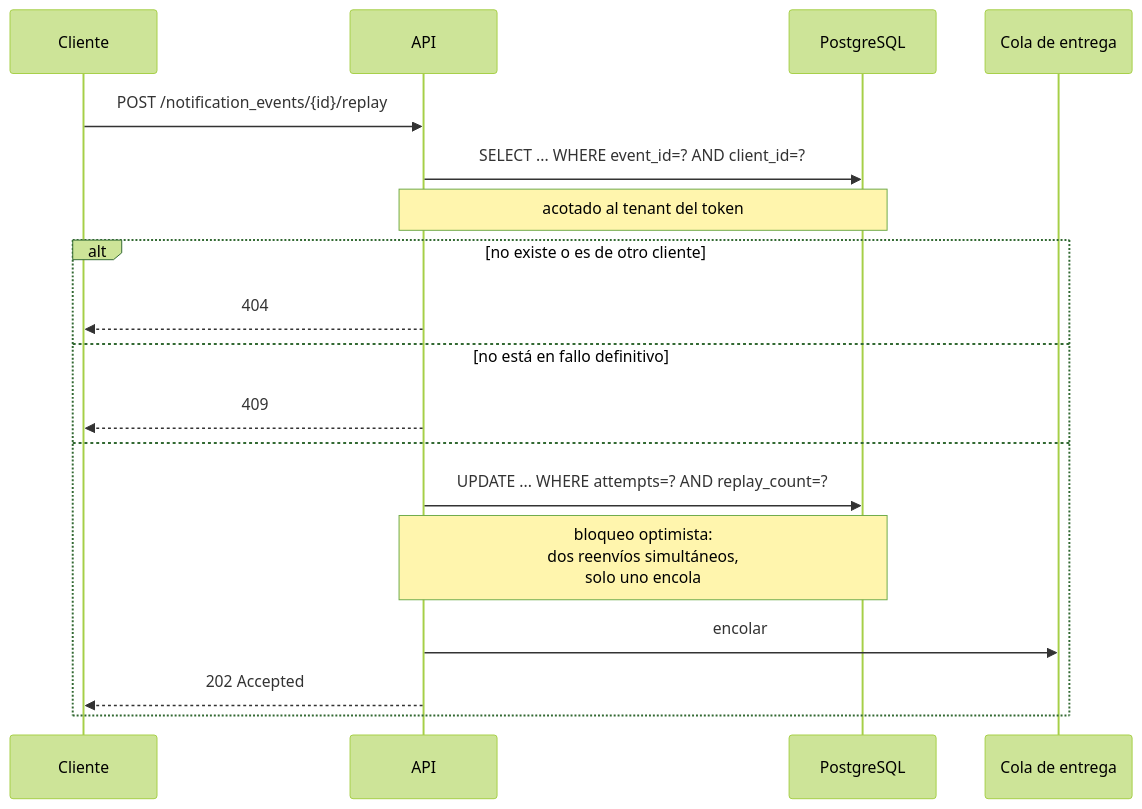
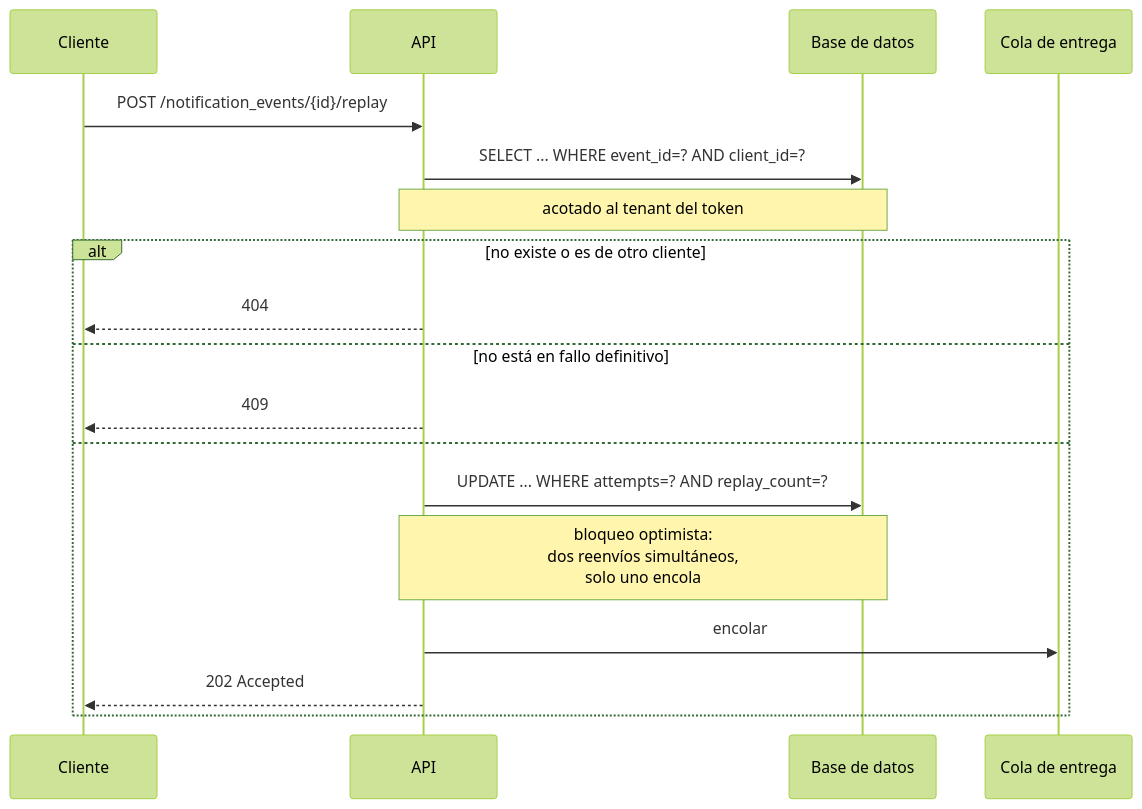
The fifth of 7 diagrams in docs/01-diseno-del-sistema.md (ssalaza7/cobre-notification-delivery), drawn with Mermaid (forest theme) before and after one commit. The commit also changed other lines of this file, not shown here.

````diff
--- a/docs/01-diseno-del-sistema.md
+++ b/docs/01-diseno-del-sistema.md
@@ -234,21 +257,21 @@
 ```mermaid
 sequenceDiagram
     participant C as Cliente
     participant A as API
-    participant DB as PostgreSQL
+    participant DB as Base de datos
     participant Q as Cola de entrega
 
     C->>A: POST /notification_events/{id}/replay
     A->>DB: SELECT ... WHERE event_id=? AND client_id=?
     Note over A,DB: acotado al tenant del token
     alt no existe o es de otro cliente
         A-->>C: 404
     else no está en fallo definitivo
         A-->>C: 409
     else
         A->>DB: UPDATE ... WHERE attempts=? AND replay_count=?
         Note over A,DB: bloqueo optimista:<br/>dos reenvíos simultáneos,<br/>solo uno encola
         A->>Q: encolar
         A-->>C: 202 Accepted
     end
 ```
````
